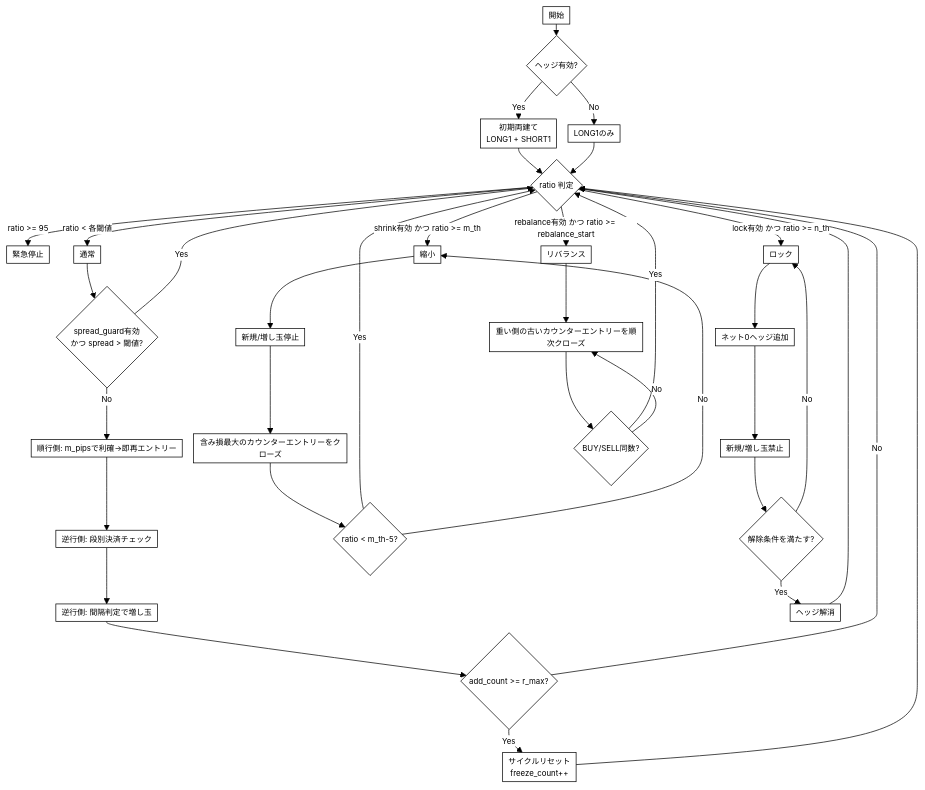
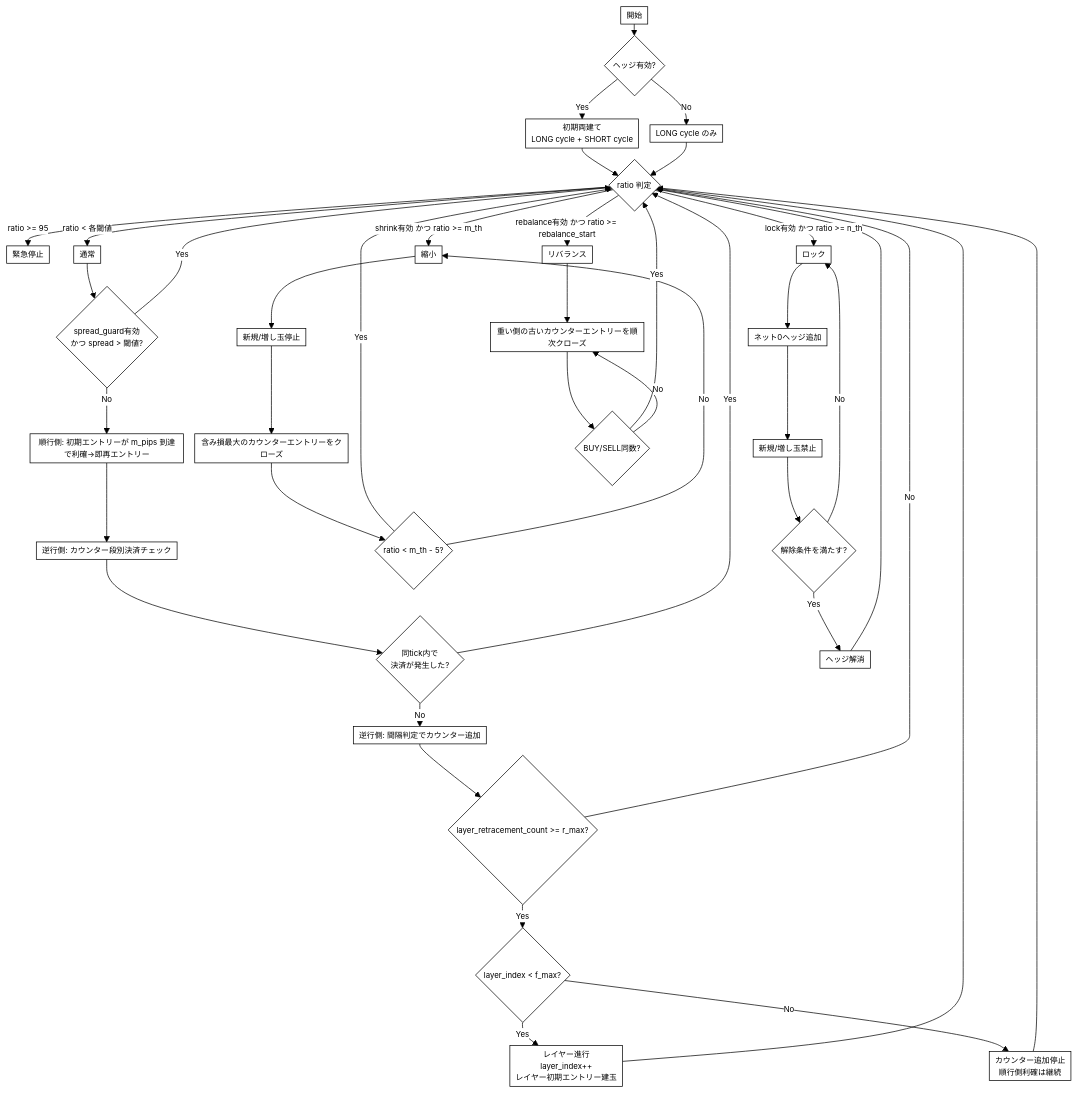
One commit to yuyash/auto-forex-web-service changed the first of 2 diagrams in docs/strategies/ja/snowball.md. Above: the diagram before and after it, drawn with Mermaid. The commit also changed other lines of this file and 6 other files, not shown here.

````diff
--- a/docs/strategies/ja/snowball.md
+++ b/docs/strategies/ja/snowball.md
@@ -145,42 +160,47 @@
 ```mermaid
 %%{init: {'theme': 'base', 'themeVariables': {'primaryColor': '#ffffff', 'primaryBorderColor': '#000000', 'primaryTextColor': '#000000', 'lineColor': '#000000', 'secondaryColor': '#ffffff', 'tertiaryColor': '#ffffff', 'fontSize': '11px'}, 'flowchart': {'nodeSpacing': 16, 'rankSpacing': 16, 'padding': 4, 'useMaxWidth': true}}}%%
 flowchart TB
     A[開始] --> B{ヘッジ有効?}
-    B -->|Yes| B1[初期両建て<br/>LONG1 + SHORT1]
-    B -->|No| B2[LONG1のみ]
+    B -->|Yes| B1[初期両建て<br/>LONG cycle + SHORT cycle]
+    B -->|No| B2[LONG cycle のみ]
     B1 --> C{ratio 判定}
     B2 --> C
     C -->|ratio >= 95| Z[緊急停止]
     C -->|lock有効 かつ ratio >= n_th| L[ロック]
     C -->|shrink有効 かつ ratio >= m_th| S[縮小]
     C -->|rebalance有効 かつ ratio >= rebalance_start| R[リバランス]
     C -->|ratio < 各閾値| N[通常]
 
     N --> G{spread_guard有効<br/>かつ spread > 閾値?}
     G -->|Yes| C
-    G -->|No| N1[順行側: m_pipsで利確→即再エントリー]
-    N1 --> N2[逆行側: 段別決済チェック]
-    N2 --> N3[逆行側: 間隔判定で増し玉]
-    N3 --> N4{add_count >= r_max?}
+    G -->|No| N1[順行側: 初期エントリーが m_pips 到達で利確→即再エントリー]
+    N1 --> N2[逆行側: カウンター段別決済チェック]
+    N2 --> N2a{同tick内で<br/>決済が発生した?}
+    N2a -->|Yes| C
+    N2a -->|No| N3[逆行側: 間隔判定でカウンター追加]
+    N3 --> N4{layer_retracement_count >= r_max?}
     N4 -->|No| C
-    N4 -->|Yes| N5[サイクルリセット<br/>freeze_count++]
-    N5 --> C
+    N4 -->|Yes| N5{layer_index < f_max?}
+    N5 -->|Yes| N6[レイヤー進行<br/>layer_index++<br/>レイヤー初期エントリー建玉]
+    N5 -->|No| N7[カウンター追加停止<br/>順行側利確は継続]
+    N6 --> C
+    N7 --> C
 
     S --> S1[新規/増し玉停止]
     S1 --> S2[含み損最大のカウンターエントリーをクローズ]
-    S2 --> S3{ratio < m_th-5?}
+    S2 --> S3{ratio < m_th - 5?}
     S3 -->|Yes| C
     S3 -->|No| S
 
     L --> L1[ネット0ヘッジ追加]
     L1 --> L2[新規/増し玉禁止]
     L2 --> L3{解除条件を満たす?}
     L3 -->|Yes| L4[ヘッジ解消]
     L4 --> C
     L3 -->|No| L
 
     R --> R1[重い側の古いカウンターエントリーを順次クローズ]
     R1 --> R2{BUY/SELL同数?}
     R2 -->|Yes| C
     R2 -->|No| R1
 ```
````
